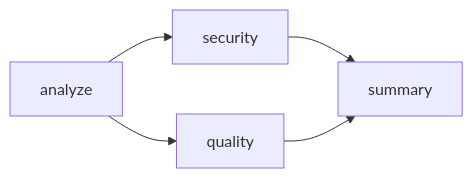
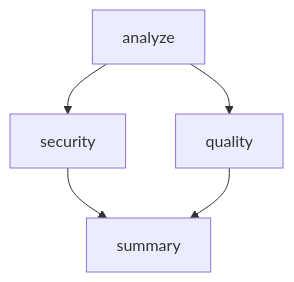
Before and after one commit to re-cinq/wave: the diagram in docs/concepts/pipeline-execution.md, drawn with Mermaid. The commit also changed 11 other files, not shown here.

First line of the commit message:
docs: remove fictional compliance content, fix mermaid diagrams

````diff
--- a/docs/concepts/pipeline-execution.md
+++ b/docs/concepts/pipeline-execution.md
@@ -82,7 +82,7 @@
 ```mermaid
-flowchart LR
+flowchart TD
     analyze --> security
     analyze --> quality
     security --> summary
     quality --> summary
 ```
````
